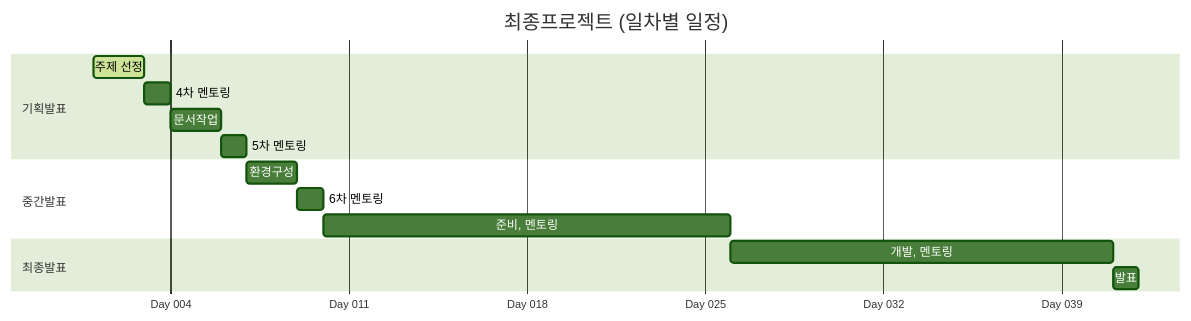
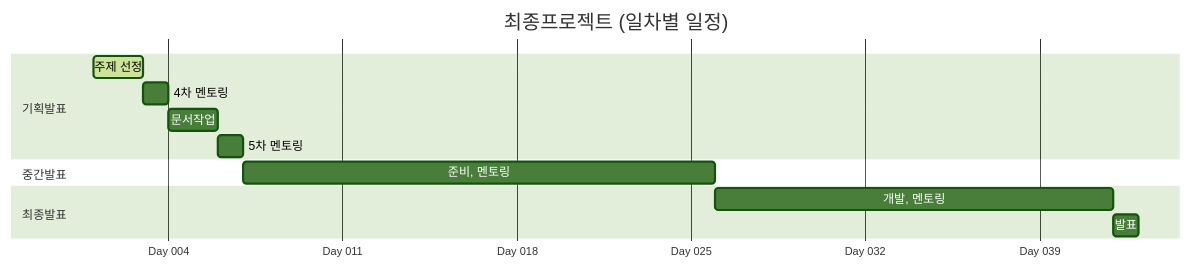
Before and after one commit to SAJOYO/.github: the second of 2 diagrams in profile/README.md, drawn with Mermaid (forest theme).

Commit message:
Update schedule for mentoring sessions

````diff
--- a/profile/README.md
+++ b/profile/README.md
@@ -24,25 +24,23 @@
 ```mermaid
 gantt
     title 최종프로젝트 (일차별 일정)
     dateFormat  YYYY-MM-DD
     
     %% 축을 일수(Day 01, Day 05...) 형태로 표시하고 5일 단위로 눈금을 끕니다
     axisFormat Day %j
     tickInterval 5d
 
     section 기획발표
     주제 선정                : active, a1, 2026-01-01, 2d
     4차 멘토링               : a2, after a1, 1d
     문서작업                 : a3, after a2, 2d
     5차 멘토링               : a4, after a3, 1d
 
     section 중간발표
-    환경구성                : b1, after a4, 2d
-    6차 멘토링              : b2, after b1, 1d
-    준비, 멘토링             : b3, after b2, 16d
+    준비, 멘토링             : b1, after a4, 19d
 
     section 최종발표
-    개발, 멘토링             : c1, after b3, 15d
+    개발, 멘토링             : c1, after b1, 16d
     발표                   : c2, after c1, 1d
 
 ```
````
